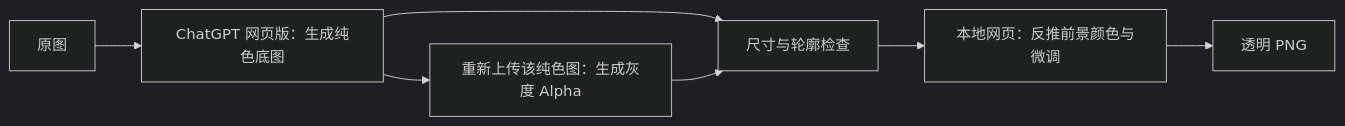
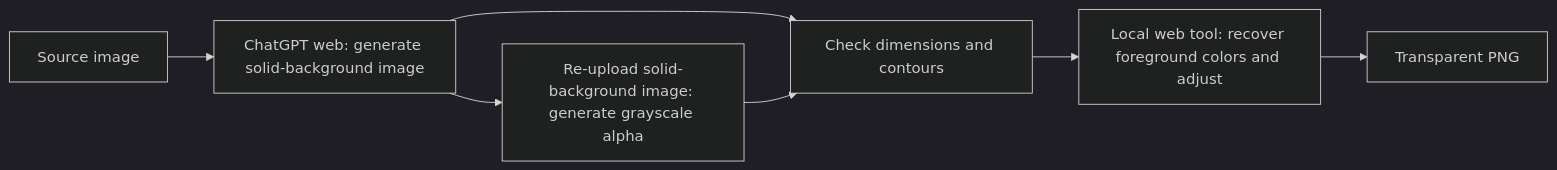
The diagram in README.md (SontaBeat/paired-matte), drawn with Mermaid (dark theme) before and after one commit. The commit also changed other lines of this file and 3 other files, not shown here.

````diff
--- a/README.md
+++ b/README.md
@@ -28,9 +32,9 @@
 ```mermaid
 flowchart LR
-  A[原图] --> B[ChatGPT 网页版：生成纯色底图]
-  B --> C[重新上传该纯色图：生成灰度 Alpha]
-  B --> D[尺寸与轮廓检查]
+  A[Source image] --> B[ChatGPT web: generate solid-background image]
+  B --> C[Re-upload solid-background image: generate grayscale alpha]
+  B --> D[Check dimensions and contours]
   C --> D
-  D --> E[本地网页：反推前景颜色与微调]
-  E --> F[透明 PNG]
+  D --> E[Local web tool: recover foreground colors and adjust]
+  E --> F[Transparent PNG]
 ```
````
